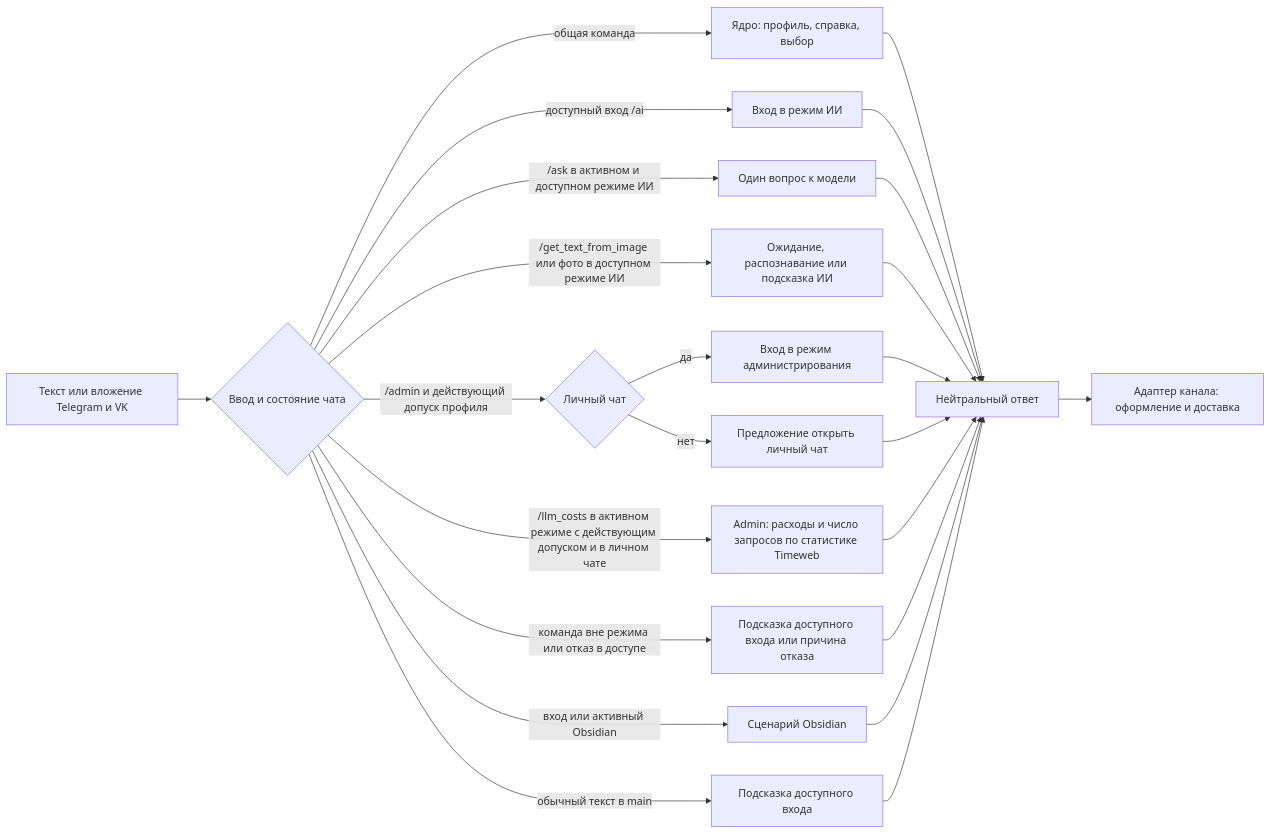
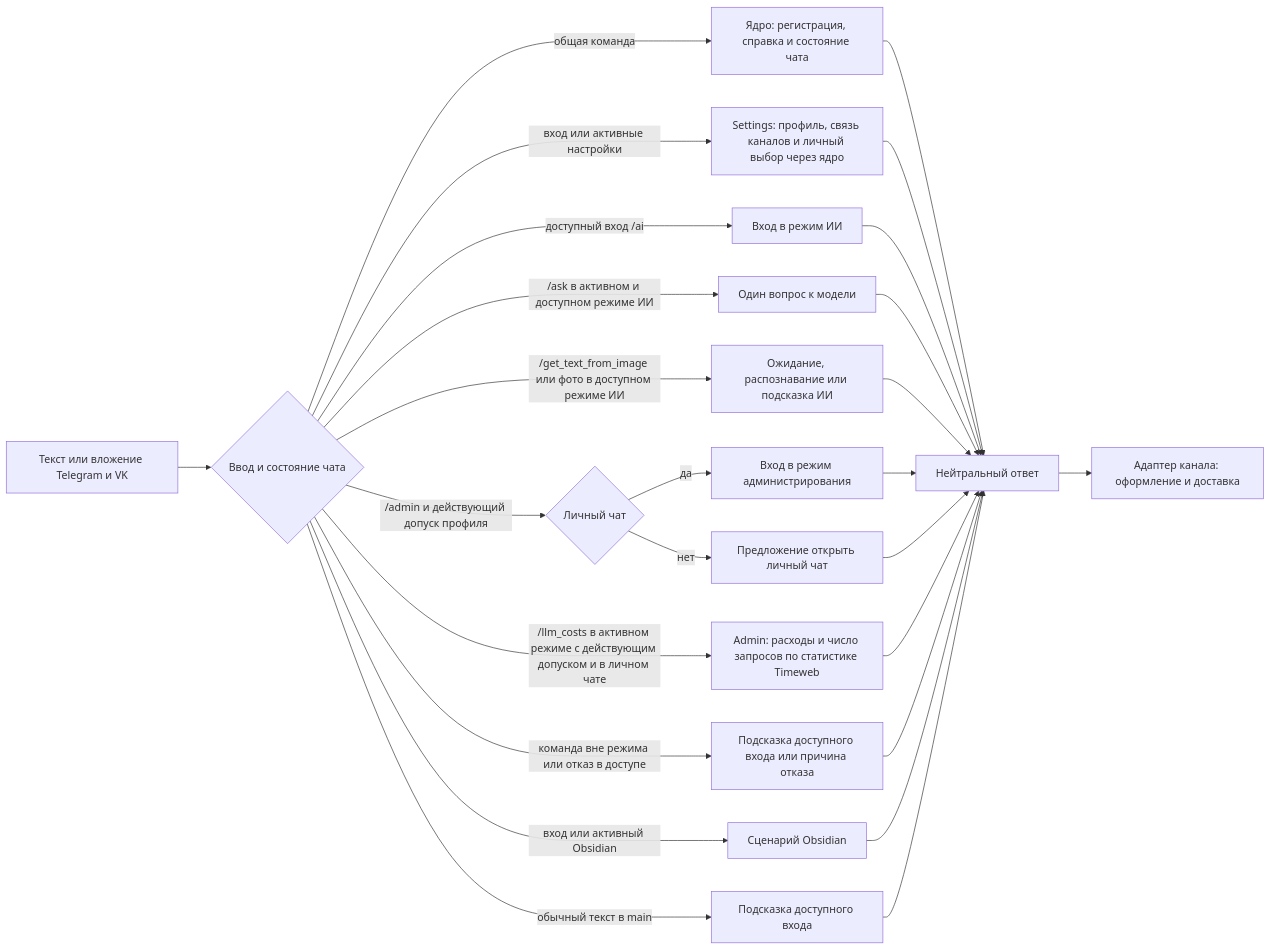
One commit to karateka-git/compadre-assistant changed the diagram in docs/USER_MESSAGES.md. Above: the diagram before and after it, drawn with Mermaid. The commit also changed other lines of this file and 21 other files, not shown here.

````diff
--- a/docs/USER_MESSAGES.md
+++ b/docs/USER_MESSAGES.md
@@ -20,26 +21,28 @@
 ```mermaid
 flowchart LR
     A[Текст или вложение Telegram и VK] --> B{Ввод и состояние чата}
-    B -->|общая команда| C[Ядро: профиль, справка, выбор]
+    B -->|общая команда| C[Ядро: регистрация, справка и состояние чата]
+    B -->|вход или активные настройки| S[Settings: профиль, связь каналов и личный выбор через ядро]
     B -->|доступный вход /ai| D[Вход в режим ИИ]
     B -->|/ask в активном и доступном режиме ИИ| I[Один вопрос к модели]
     B -->|/get_text_from_image или фото в доступном режиме ИИ| K[Ожидание, распознавание или подсказка ИИ]
     B -->|/admin и действующий допуск профиля| L{Личный чат}
     L -->|да| Q[Вход в режим администрирования]
     L -->|нет| P[Предложение открыть личный чат]
     B -->|/llm_costs в активном режиме с действующим допуском и в личном чате| N[Admin: расходы и число запросов по статистике Timeweb]
     B -->|команда вне режима или отказ в доступе| J[Подсказка доступного входа или причина отказа]
     B -->|вход или активный Obsidian| E[Сценарий Obsidian]
     B -->|обычный текст в main| F[Подсказка доступного входа]
     C --> G[Нейтральный ответ]
+    S --> G
     D --> G
     I --> G
     K --> G
     Q --> G
     N --> G
     P --> G
     J --> G
     E --> G
     F --> G
     G --> H[Адаптер канала: оформление и доставка]
 ```
````
